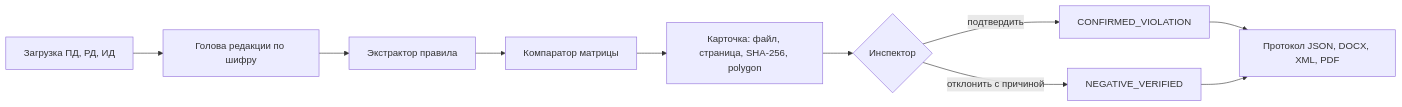
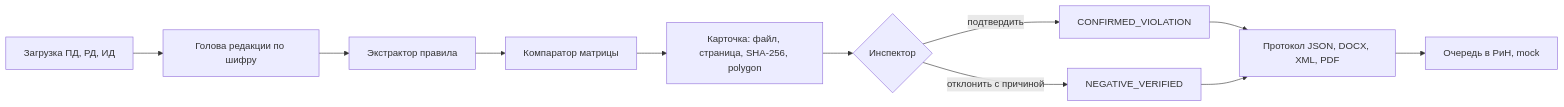
One commit to KonkovDV/Kontur changed the diagram in README.md. Above: the diagram before and after it, drawn with Mermaid. The commit also changed other lines of this file, not shown here.

````diff
--- a/README.md
+++ b/README.md
@@ -38,12 +63,13 @@
 ```mermaid
 flowchart LR
     A[Загрузка ПД, РД, ИД] --> B[Голова редакции по шифру]
     B --> C[Экстрактор правила]
     C --> D[Компаратор матрицы]
     D --> E[Карточка: файл, страница, SHA-256, polygon]
     E --> F{Инспектор}
     F -->|подтвердить| G[CONFIRMED_VIOLATION]
     F -->|отклонить с причиной| H[NEGATIVE_VERIFIED]
     G --> I[Протокол JSON, DOCX, XML, PDF]
     H --> I
+    I --> J[Очередь в РиН, mock]
 ```
````
